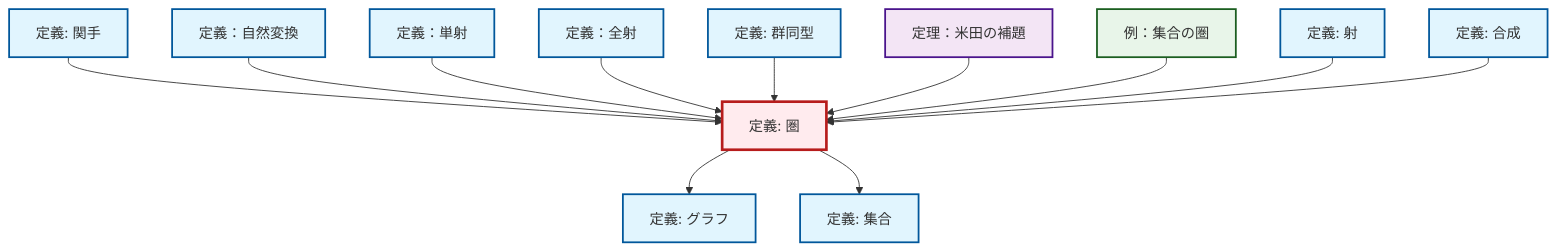
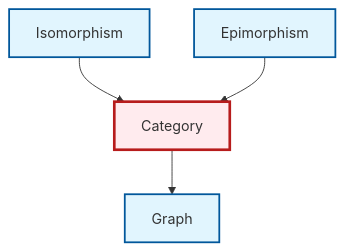
The diagram in content/ja/category-theory/def-category.qmd (RK0429/ModernMath), drawn with Mermaid before and after one commit. The commit also changed 328 other files, not shown here.

````diff
--- a/content/ja/category-theory/def-category.qmd
+++ b/content/ja/category-theory/def-category.qmd
@@ -48,44 +48,20 @@
 ```{mermaid}
 %%| fig-cap: "ローカル依存関係グラフ"
 graph TD
     classDef definition fill:#e1f5fe,stroke:#01579b,stroke-width:2px
     classDef theorem fill:#f3e5f5,stroke:#4a148c,stroke-width:2px
     classDef axiom fill:#fff3e0,stroke:#e65100,stroke-width:2px
     classDef example fill:#e8f5e9,stroke:#1b5e20,stroke-width:2px
     classDef current fill:#ffebee,stroke:#b71c1c,stroke-width:3px
-    def-set["定義: 集合"]:::definition
-    ex-set-category["例：集合の圏"]:::example
-    def-natural-transformation["定義：自然変換"]:::definition
-    def-morphism["定義: 射"]:::definition
-    def-isomorphism["定義: 群同型"]:::definition
-    thm-yoneda["定理：米田の補題"]:::theorem
-    def-epimorphism["定義：全射"]:::definition
-    def-composition["定義: 合成"]:::definition
-    def-category["定義: 圏"]:::definition
-    def-functor["定義: 関手"]:::definition
-    def-monomorphism["定義：単射"]:::definition
-    def-graph["定義: グラフ"]:::definition
-    def-functor --> def-category
-    def-natural-transformation --> def-category
-    def-monomorphism --> def-category
+    def-epimorphism["Epimorphism"]:::definition
+    def-category["Category"]:::definition
+    def-graph["Graph"]:::definition
+    def-isomorphism["Isomorphism"]:::definition
+    def-isomorphism --> def-category
     def-category --> def-graph
     def-epimorphism --> def-category
-    def-isomorphism --> def-category
-    def-category --> def-set
-    thm-yoneda --> def-category
-    ex-set-category --> def-category
-    def-morphism --> def-category
-    def-composition --> def-category
     class def-category current
-    click def-set "def-set.html" "集合の定義へ"
-    click ex-set-category "ex-set-category.html" "例：集合の圏へ"
-    click def-natural-transformation "def-natural-transformation.html" "定義：自然変換へ"
-    click def-morphism "def-morphism.html" "射の定義へ"
-    click def-isomorphism "def-isomorphism.html" "群同型の定義へ"
-    click thm-yoneda "thm-yoneda.html" "定理：米田の補題へ"
-    click def-epimorphism "def-epimorphism.html" "定義：全射へ"
-    click def-composition "def-composition.html" "合成の定義へ"
-    click def-functor "def-functor.html" "関手の定義へ"
-    click def-monomorphism "def-monomorphism.html" "定義：単射へ"
-    click def-graph "def-graph.html" "グラフの定義へ"
+    click def-epimorphism "def-epimorphism.html" "Epimorphismへ"
+    click def-graph "def-graph.html" "Graphへ"
+    click def-isomorphism "def-isomorphism.html" "Isomorphismへ"
 ```
````
